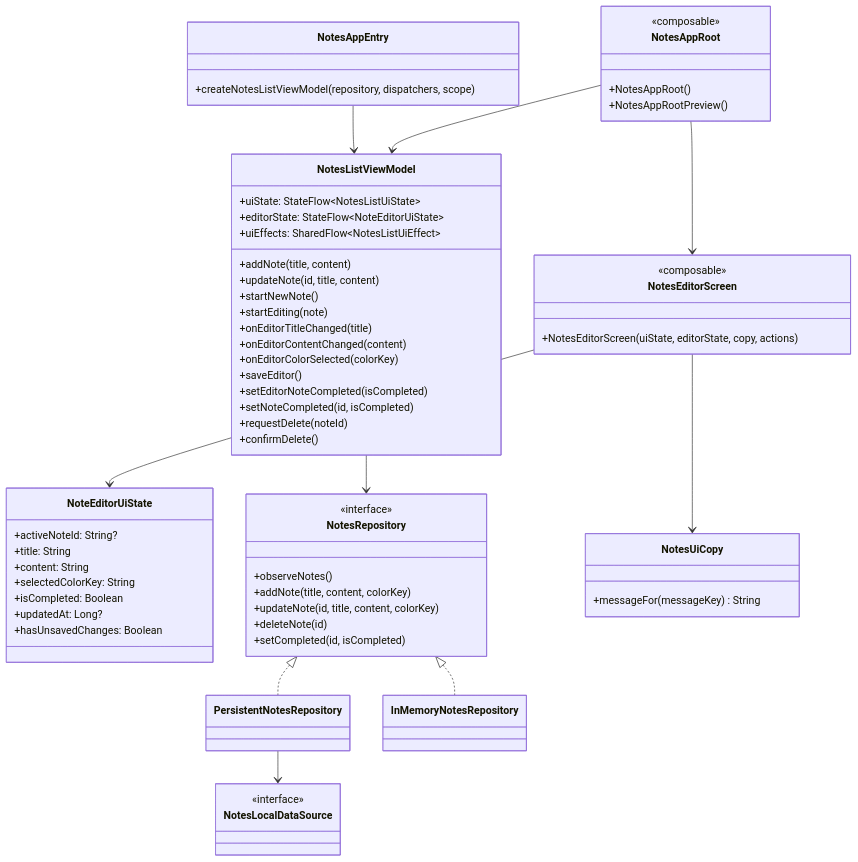
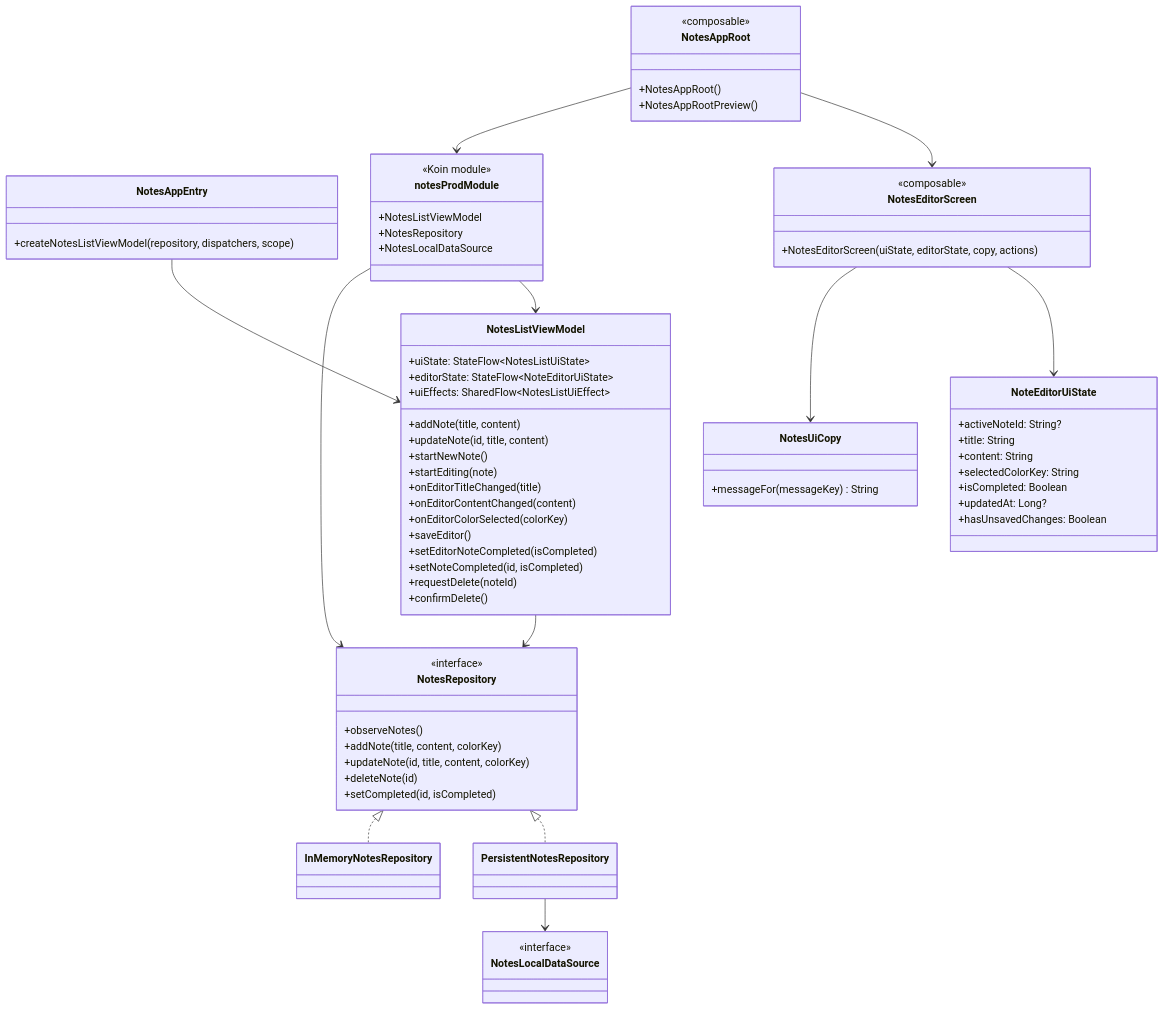
Before and after one commit to TheSetox/note: the second of 4 diagrams in feature/notes/ARCHITECTURE.md, drawn with Mermaid. The commit also changed 4 other files, not shown here.

Commit message:
refactor: wire notes app through Koin

```diff
--- a/feature/notes/ARCHITECTURE.md
+++ b/feature/notes/ARCHITECTURE.md
@@ -79,9 +79,18 @@
     +NotesAppRootPreview()
   }
 
+  class notesProdModule {
+    <<Koin module>>
+    +NotesListViewModel
+    +NotesRepository
+    +NotesLocalDataSource
+  }
+
   NotesAppEntry --> NotesListViewModel
   NotesAppRoot --> NotesEditorScreen
-  NotesAppRoot --> NotesListViewModel
+  NotesAppRoot --> notesProdModule
+  notesProdModule --> NotesListViewModel
+  notesProdModule --> NotesRepository
   NotesEditorScreen --> NoteEditorUiState
   NotesEditorScreen --> NotesUiCopy
   NotesListViewModel --> NotesRepository
```
